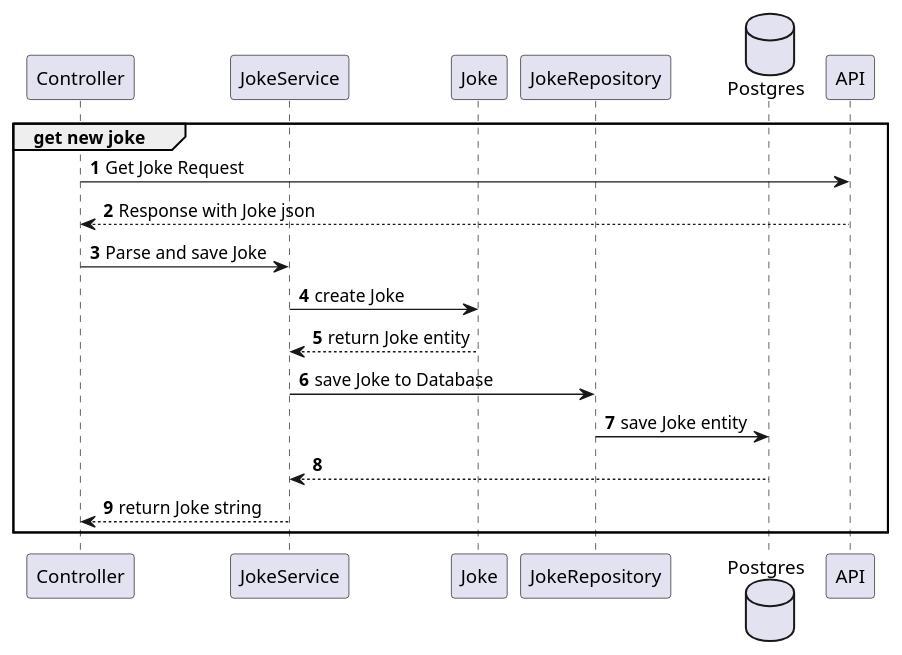
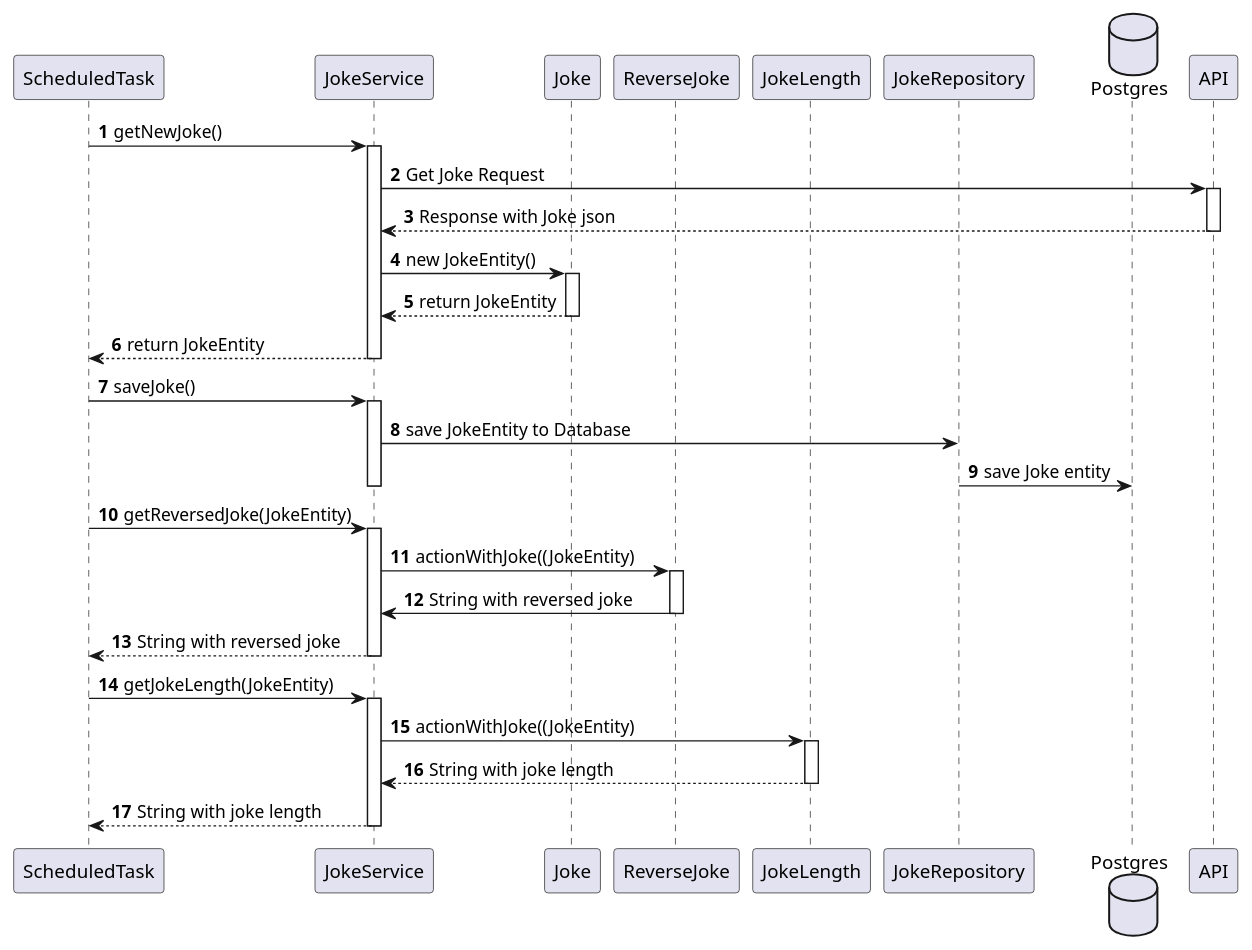
One commit to senyamac/spring-test-project changed the diagram in src/main/java/com/example/springapi/SequenceDiagram.puml. Above: the diagram before and after it, drawn with PlantUML. The commit also changed 6 other files, not shown here.

Commit message:
Add scheduled task with process, update uml, refactor JokeService

```diff
--- a/src/main/java/com/example/springapi/SequenceDiagram.puml
+++ b/src/main/java/com/example/springapi/SequenceDiagram.puml
@@ -1,23 +1,51 @@
 @startuml
-participant Controller as control
+participant ScheduledTask as st
 participant JokeService as js
 participant Joke as j
+participant ReverseJoke as rj
+participant JokeLength as jl
 participant JokeRepository as jr
 database Postgres as db
 participant API
 
 autonumber
 
-group get new joke
-control -> API: Get Joke Request
-control <-- API: Response with Joke json
-control -> js: Parse and save Joke
-js -> j: create Joke
-js <-- j: return Joke entity
-js -> jr: save Joke to Database
+st -> js: getNewJoke()
+activate js
+js -> API: Get Joke Request
+activate API
+js <-- API: Response with Joke json
+deactivate API
+js -> j: new JokeEntity()
+activate j
+js <-- j: return JokeEntity
+deactivate j
+st <-- js: return JokeEntity
+deactivate js
+
+st -> js: saveJoke()
+activate js
+js -> jr: save JokeEntity to Database
 jr -> db: save Joke entity
-js <-- db
-control <-- js: return Joke string
-end
+
+deactivate js
+
+st -> js: getReversedJoke(JokeEntity)
+activate js
+js -> rj: actionWithJoke((JokeEntity)
+activate rj
+js <- rj: String with reversed joke
+deactivate rj
+st <-- js: String with reversed joke
+deactivate js
+
+st -> js: getJokeLength(JokeEntity)
+activate js
+js -> jl: actionWithJoke((JokeEntity)
+activate jl
+js <-- jl: String with joke length
+deactivate jl
+st <-- js: String with joke length
+deactivate js
 
 @enduml
```
